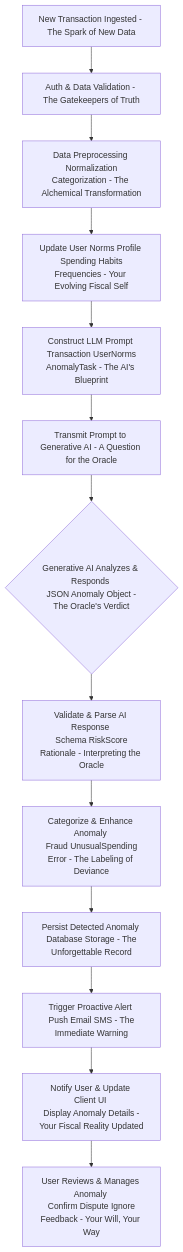
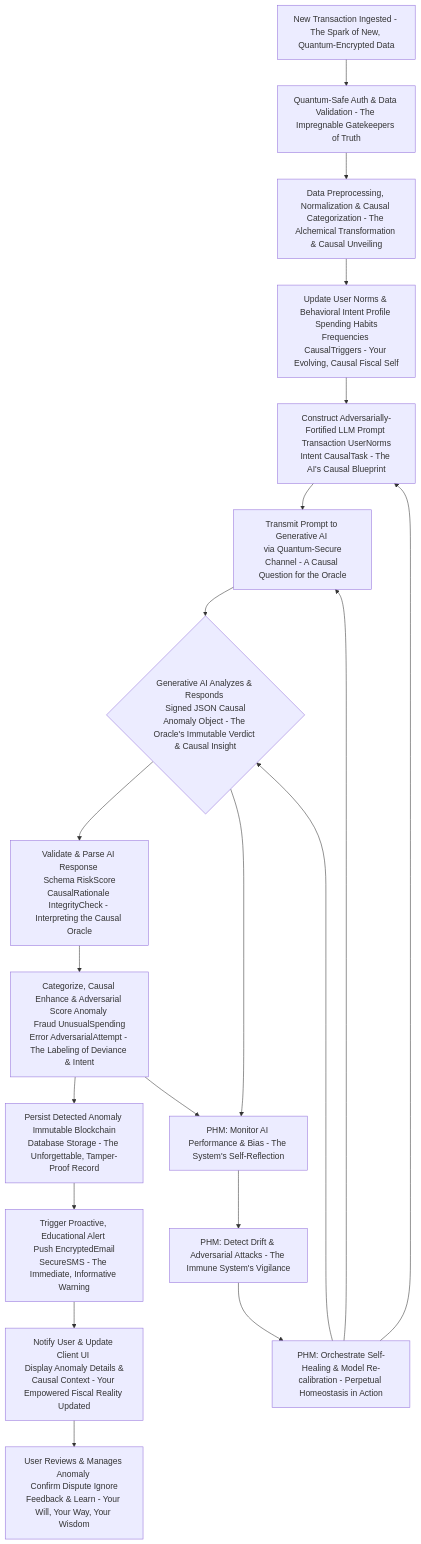
One commit to diplomat-bit/Citibank_Demo_Business_Inc_Demonstration- changed the second of 11 diagrams in inventions/inventions/006_ai_subscription_detection/009_ai_financial_anomaly_detection.md. Above: the diagram before and after it, drawn with Mermaid. The commit also changed other lines of this file, not shown here.

Commit message:
[AI] Edit: inventions/inventions/006_ai_subscription_detection/009_ai_financial_anomaly_detection.md

````diff
--- a/inventions/inventions/006_ai_subscription_detection/009_ai_financial_anomaly_detection.md
+++ b/inventions/inventions/006_ai_subscription_detection/009_ai_financial_anomaly_detection.md
@@ -77,15 +93,22 @@
 ```mermaid
 graph TD
-    A[New Transaction Ingested - The Spark of New Data] --> B[Auth & Data Validation - The Gatekeepers of Truth]
-    B --> C[Data Preprocessing <br/> Normalization Categorization - The Alchemical Transformation]
-    C --> D[Update User Norms Profile <br/> Spending Habits Frequencies - Your Evolving Fiscal Self]
-    D --> E[Construct LLM Prompt <br/> Transaction UserNorms AnomalyTask - The AI's Blueprint]
-    E --> F[Transmit Prompt to Generative AI - A Question for the Oracle]
-    F --> G{Generative AI Analyzes & Responds <br/> JSON Anomaly Object - The Oracle's Verdict}
-    G --> H[Validate & Parse AI Response <br/> Schema RiskScore Rationale - Interpreting the Oracle]
-    H --> I[Categorize & Enhance Anomaly <br/> Fraud UnusualSpending Error - The Labeling of Deviance]
-    I --> J[Persist Detected Anomaly <br/> Database Storage - The Unforgettable Record]
-    J --> K[Trigger Proactive Alert <br/> Push Email SMS - The Immediate Warning]
-    K --> L[Notify User & Update Client UI <br/> Display Anomaly Details - Your Fiscal Reality Updated]
-    L --> M[User Reviews & Manages Anomaly <br/> Confirm Dispute Ignore Feedback - Your Will, Your Way]
+    A[New Transaction Ingested - The Spark of New, Quantum-Encrypted Data] --> B[Quantum-Safe Auth & Data Validation - The Impregnable Gatekeepers of Truth]
+    B --> C[Data Preprocessing, Normalization & Causal Categorization - The Alchemical Transformation & Causal Unveiling]
+    C --> D[Update User Norms & Behavioral Intent Profile <br/> Spending Habits Frequencies CausalTriggers - Your Evolving, Causal Fiscal Self]
+    D --> E[Construct Adversarially-Fortified LLM Prompt <br/> Transaction UserNorms Intent CausalTask - The AI's Causal Blueprint]
+    E --> F[Transmit Prompt to Generative AI <br/> via Quantum-Secure Channel - A Causal Question for the Oracle]
+    F --> G{Generative AI Analyzes & Responds <br/> Signed JSON Causal Anomaly Object - The Oracle's Immutable Verdict & Causal Insight}
+    G --> H[Validate & Parse AI Response <br/> Schema RiskScore CausalRationale IntegrityCheck - Interpreting the Causal Oracle]
+    H --> I[Categorize, Causal Enhance & Adversarial Score Anomaly <br/> Fraud UnusualSpending Error AdversarialAttempt - The Labeling of Deviance & Intent]
+    I --> J[Persist Detected Anomaly <br/> Immutable Blockchain Database Storage - The Unforgettable, Tamper-Proof Record]
+    J --> K[Trigger Proactive, Educational Alert <br/> Push EncryptedEmail SecureSMS - The Immediate, Informative Warning]
+    K --> L[Notify User & Update Client UI <br/> Display Anomaly Details & Causal Context - Your Empowered Fiscal Reality Updated]
+    L --> M[User Reviews & Manages Anomaly <br/> Confirm Dispute Ignore Feedback & Learn - Your Will, Your Way, Your Wisdom]
+    G --> N[PHM: Monitor AI Performance & Bias - The System's Self-Reflection]
+    I --> N
+    N --> O[PHM: Detect Drift & Adversarial Attacks - The Immune System's Vigilance]
+    O --> P[PHM: Orchestrate Self-Healing & Model Re-calibration - Perpetual Homeostasis in Action]
+    P --> E
+    P --> F
+    P --> G
 ```
````
